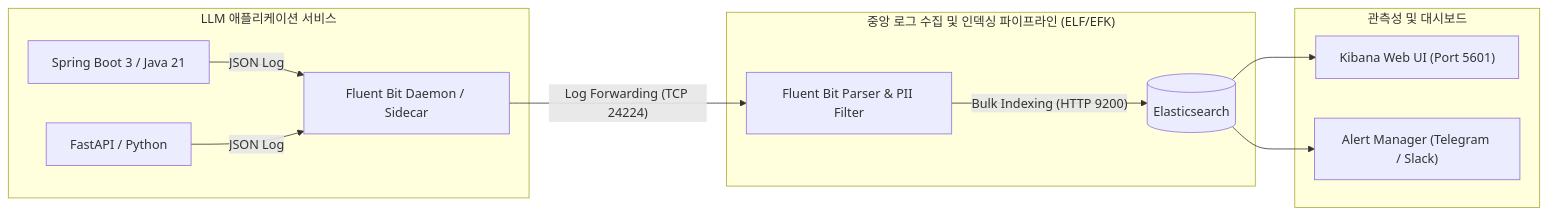
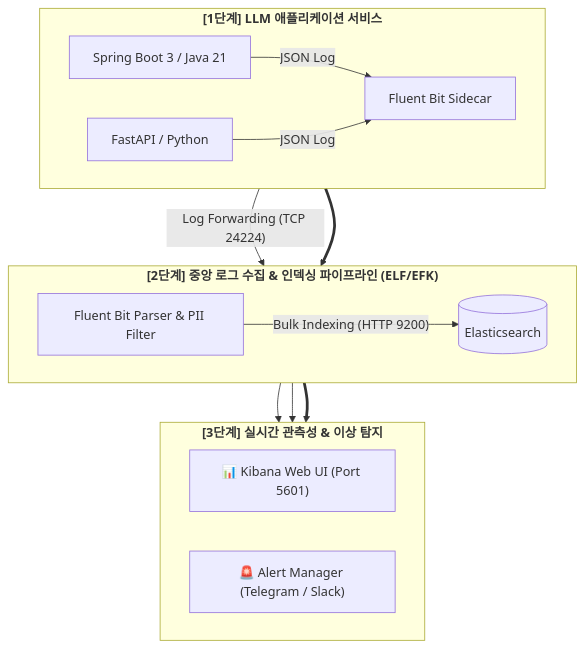
One commit to DevDooly/llm-dev-cli changed the diagram in my-rag-service/docs/llm-development/llm-logging-and-observability.md. Above: the diagram before and after it, drawn with Mermaid. The commit also changed 9 other files, not shown here.

Commit message:
fix(docs): Mermaid 다이어그램 2단 멀티라인 레이아웃 개편 및 가시성/간격 최적화

````diff
--- a/my-rag-service/docs/llm-development/llm-logging-and-observability.md
+++ b/my-rag-service/docs/llm-development/llm-logging-and-observability.md
@@ -22,17 +22,22 @@
 ```mermaid
-flowchart LR
-    subgraph Apps ["LLM 애플리케이션 서비스"]
-        App1["Spring Boot 3 / Java 21"] -->|"JSON Log"| FB["Fluent Bit Daemon / Sidecar"]
+flowchart TD
+    subgraph Apps ["<b>[1단계] LLM 애플리케이션 서비스</b>"]
+        direction LR
+        App1["Spring Boot 3 / Java 21"] -->|"JSON Log"| FB["Fluent Bit Sidecar"]
         App2["FastAPI / Python"] -->|"JSON Log"| FB
     end
 
-    subgraph Pipeline ["중앙 로그 수집 및 인덱싱 파이프라인 (ELF/EFK)"]
+    subgraph Pipeline ["<b>[2단계] 중앙 로그 수집 & 인덱싱 파이프라인 (ELF/EFK)</b>"]
+        direction LR
         FB -->|"Log Forwarding (TCP 24224)"| Parser["Fluent Bit Parser & PII Filter"]
         Parser -->|"Bulk Indexing (HTTP 9200)"| ES[("Elasticsearch")]
     end
 
-    subgraph Observability ["관측성 및 대시보드"]
-        ES --> Kibana["Kibana Web UI (Port 5601)"]
-        ES --> Alert["Alert Manager (Telegram / Slack)"]
+    subgraph Observability ["<b>[3단계] 실시간 관측성 & 이상 탐지</b>"]
+        direction LR
+        ES --> Kibana["📊 Kibana Web UI (Port 5601)"]
+        ES --> Alert["🚨 Alert Manager (Telegram / Slack)"]
     end
+
+    Apps ==> Pipeline ==> Observability
 ```
````
